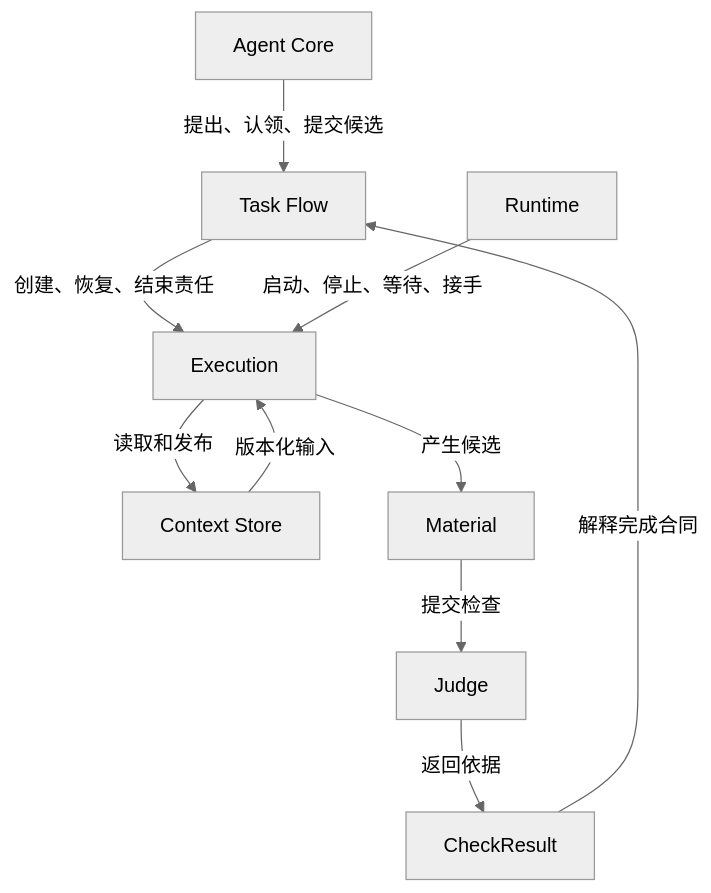
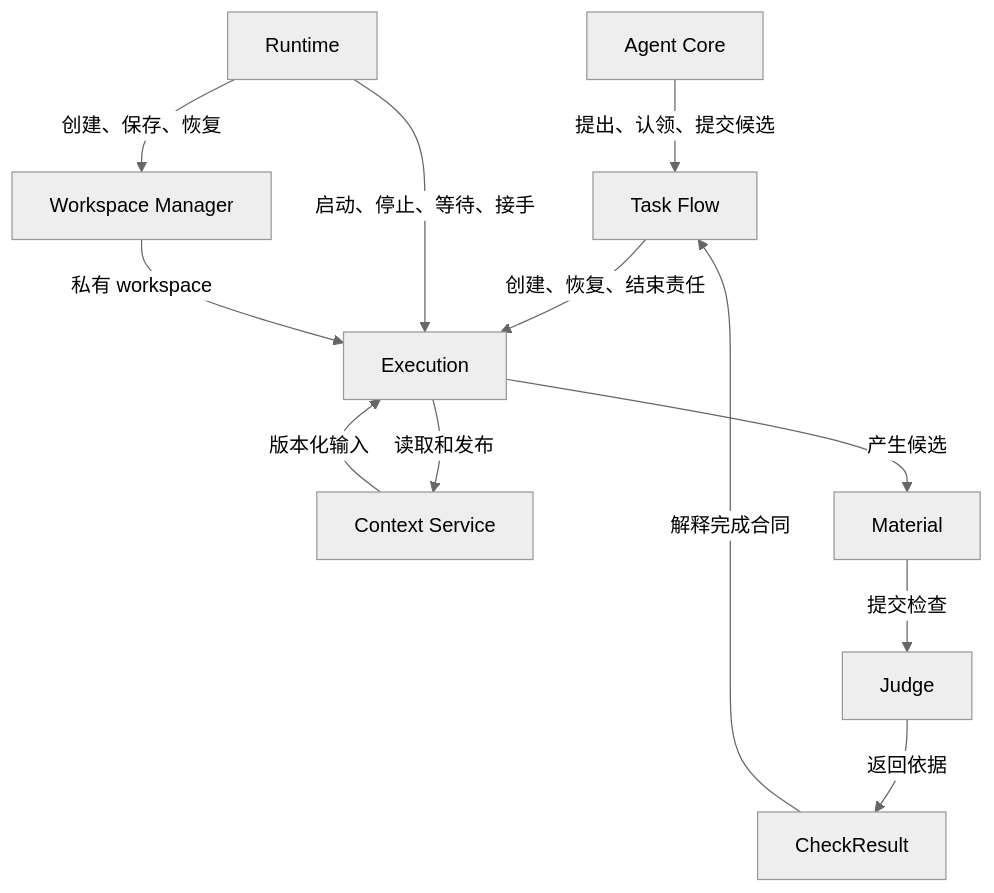
One commit to LuNa-shi/murm changed the diagram in documents/SwarmEnv_Design_v1.2.md. Above: the diagram before and after it, drawn with Mermaid (neutral theme). The commit also changed other lines of this file and 10 other files, not shown here.

```diff
--- a/documents/SwarmEnv_Design_v1.2.md
+++ b/documents/SwarmEnv_Design_v1.2.md
@@ -85,21 +108,24 @@
 ~~~mermaid
 flowchart TD
     A[Agent Core]
     T[Task Flow]
     R[Runtime]
     E[Execution]
-    C[Context Store]
+    C[Context Service]
+    W[Workspace Manager]
     M[Material]
     J[Judge]
     V[CheckResult]
 
     A -->|提出、认领、提交候选| T
     T -->|创建、恢复、结束责任| E
     R -->|启动、停止、等待、接手| E
+    R -->|创建、保存、恢复| W
+    W -->|私有 workspace| E
     E -->|读取和发布| C
     C -->|版本化输入| E
     E -->|产生候选| M
     M -->|提交检查| J
     J -->|返回依据| V
     V -->|解释完成合同| T
 ~~~
```
